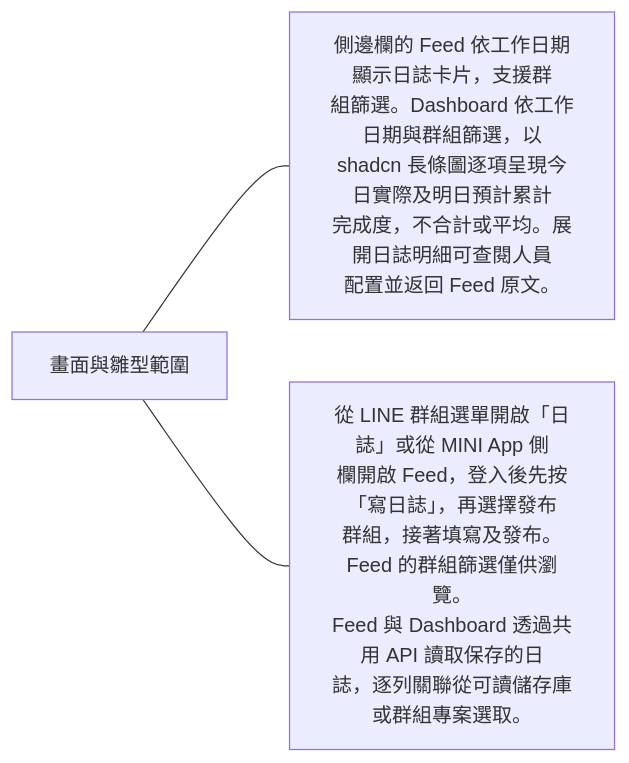
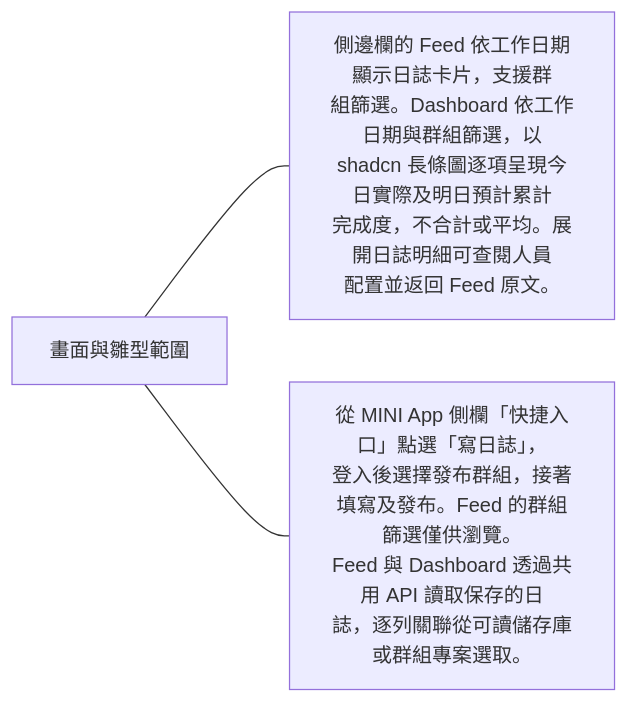
The third of 7 diagrams in docs/domains/journal.md (963sup/line-mini-app-bot), drawn with Mermaid before and after one commit. The commit also changed 3 other files, not shown here.

````diff
--- a/docs/domains/journal.md
+++ b/docs/domains/journal.md
@@ -25,6 +25,6 @@
 ```mermaid
 flowchart LR
   h["畫面與雛型範圍"]
   h --- n0["側邊欄的 Feed 依工作日期顯示日誌卡片，支援群<br/>組篩選。Dashboard 依工作日期與群組篩選，以<br/>shadcn 長條圖逐項呈現今日實際及明日預計累計<br/>完成度，不合計或平均。展開日誌明細可查閱人員<br/>配置並返回 Feed 原文。"]
-  h --- n1["從 LINE 群組選單開啟「日誌」或從 MINI App 側<br/>欄開啟 Feed，登入後先按「寫日誌」，再選擇發布<br/>群組，接著填寫及發布。Feed 的群組篩選僅供瀏覽。<br/>Feed 與 Dashboard 透過共用 API 讀取保存的日<br/>誌，逐列關聯從可讀儲存庫或群組專案選取。"]
+  h --- n1["從 MINI App 側欄「快捷入口」點選「寫日誌」，<br/>登入後選擇發布群組，接著填寫及發布。Feed 的群組篩選僅供瀏覽。<br/>Feed 與 Dashboard 透過共用 API 讀取保存的日<br/>誌，逐列關聯從可讀儲存庫或群組專案選取。"]
 ```
````
